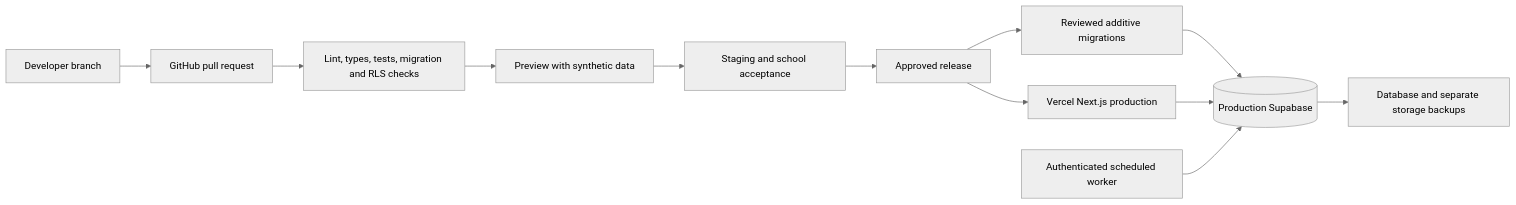
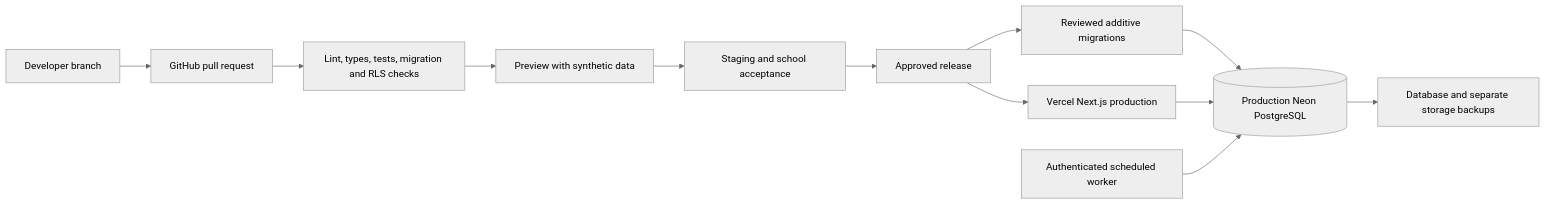
One commit to adeyanjufuhad/BrainField-Schools changed the seventh of 7 diagrams in docs/SYSTEM-ARCHITECTURE.md. Above: the diagram before and after it, drawn with Mermaid (neutral theme). The commit also changed other lines of this file and 31 other files, not shown here.

Commit message:
docs: adopt Neon architecture and record verified school content

````diff
--- a/docs/SYSTEM-ARCHITECTURE.md
+++ b/docs/SYSTEM-ARCHITECTURE.md
@@ -319,14 +321,14 @@
 ```mermaid
 flowchart LR
     DEV[Developer branch] --> PR[GitHub pull request]
     PR --> CI[Lint, types, tests, migration and RLS checks]
     CI --> PREVIEW[Preview with synthetic data]
     PREVIEW --> STAGE[Staging and school acceptance]
     STAGE --> RELEASE[Approved release]
     RELEASE --> WEB[Vercel Next.js production]
     RELEASE --> MIG[Reviewed additive migrations]
-    MIG --> DB[(Production Supabase)]
+    MIG --> DB[(Production Neon PostgreSQL)]
     WEB --> DB
     WORKER[Authenticated scheduled worker] --> DB
     DB --> BACKUP[Database and separate storage backups]
 ```
````
